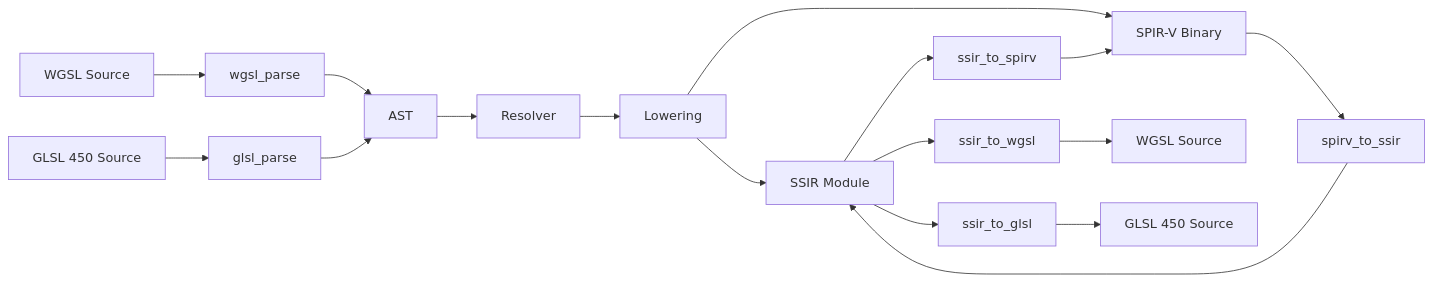
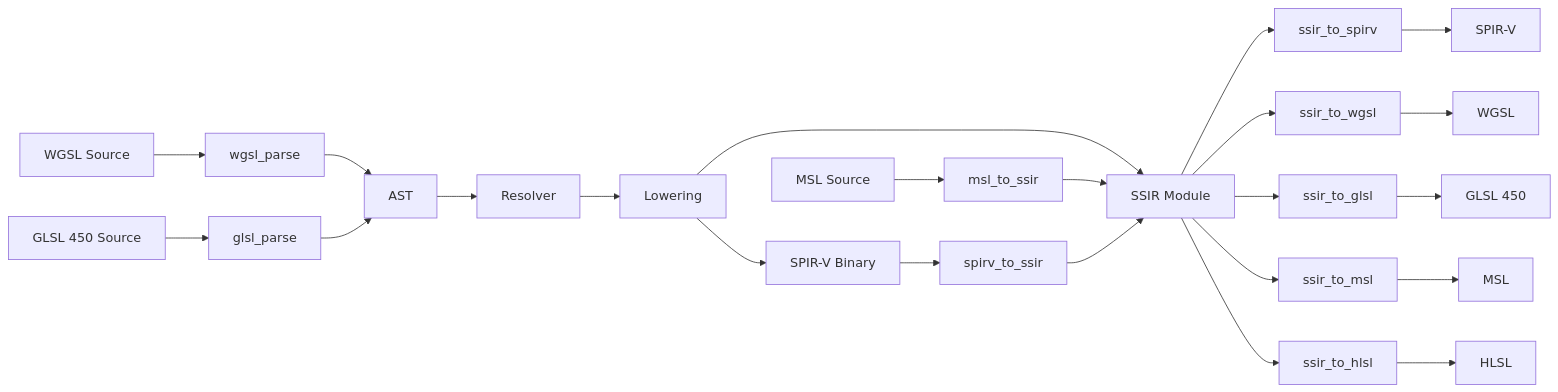
Before and after one commit to manuel5975p/simple_wgsl: the diagram in README.md, drawn with Mermaid. The commit also changed other lines of this file and 2 other files, not shown here.

````diff
--- a/README.md
+++ b/README.md
@@ -12,19 +92,25 @@
 ```mermaid
 graph LR
     WGSL["WGSL Source"] --> P1[wgsl_parse]
     GLSL["GLSL 450 Source"] --> P2[glsl_parse]
+    MSL["MSL Source"] --> P3[msl_to_ssir]
     P1 --> AST[AST]
     P2 --> AST
     AST --> R[Resolver]
     R --> L[Lowering]
     L --> SSIR["SSIR Module"]
     L --> SPIRV["SPIR-V Binary"]
     SPIRV --> D[spirv_to_ssir]
+    P3 --> SSIR
     D --> SSIR
     SSIR --> E1[ssir_to_spirv]
     SSIR --> E2[ssir_to_wgsl]
     SSIR --> E3[ssir_to_glsl]
-    E1 --> SPIRV
-    E2 --> WGSL2["WGSL Source"]
-    E3 --> GLSL2["GLSL 450 Source"]
+    SSIR --> E4[ssir_to_msl]
+    SSIR --> E5[ssir_to_hlsl]
+    E1 --> SPIRV2["SPIR-V"]
+    E2 --> WGSL2["WGSL"]
+    E3 --> GLSL2["GLSL 450"]
+    E4 --> MSL2["MSL"]
+    E5 --> HLSL2["HLSL"]
 ```
````
